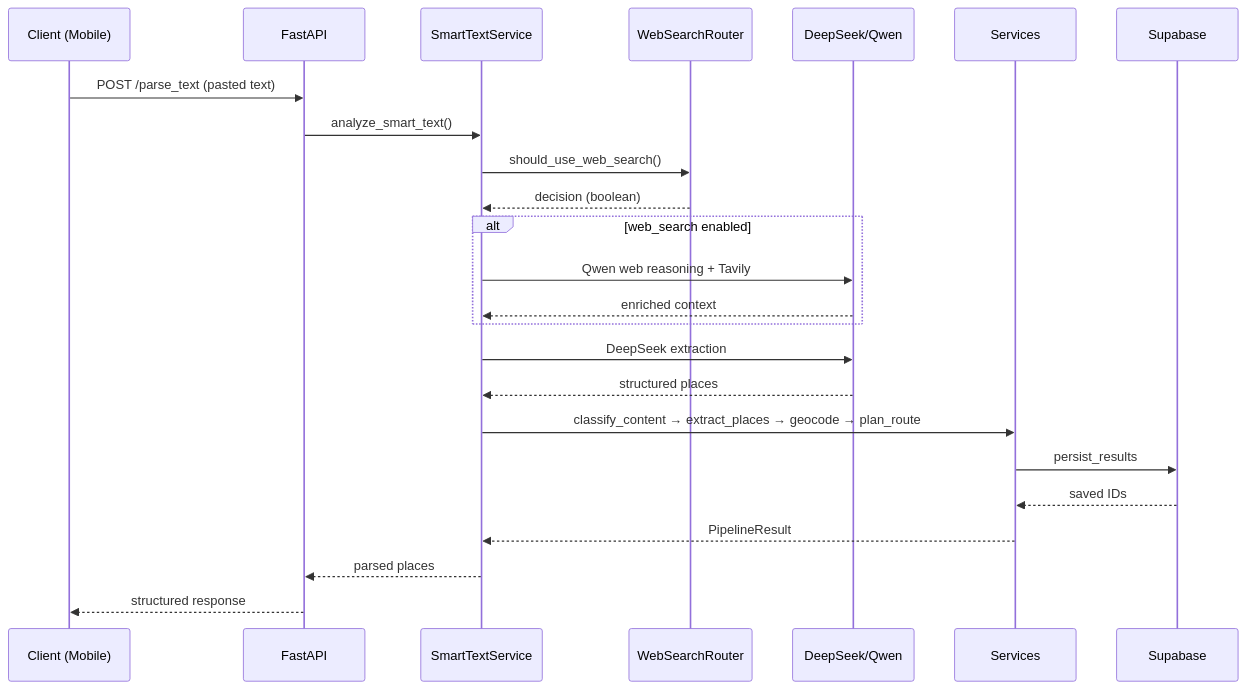
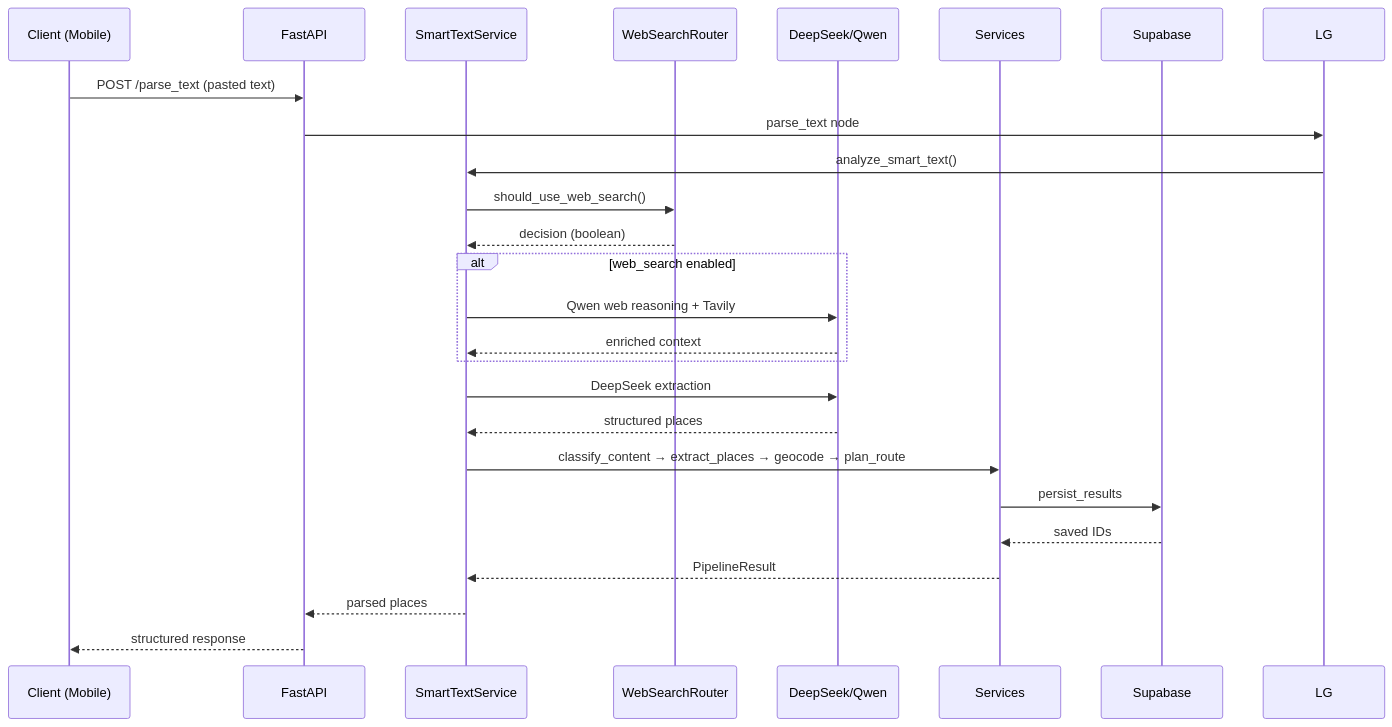
Before and after one commit to zjwang168/atlas-mobile: the third of 7 diagrams in README.md, drawn with Mermaid. The commit also changed other lines of this file and 5 other files, not shown here.

````diff
--- a/README.md
+++ b/README.md
@@ -206,27 +226,28 @@
 ```mermaid
 sequenceDiagram
     participant C as Client (Mobile)
     participant API as FastAPI
     participant STS as SmartTextService
     participant WSR as WebSearchRouter
     participant LLM as DeepSeek/Qwen
     participant S as Services
     participant DB as Supabase
 
     C->>API: POST /parse_text (pasted text)
-    API->>STS: analyze_smart_text()
+    API->>LG: parse_text node
+    LG->>STS: analyze_smart_text()
     STS->>WSR: should_use_web_search()
     WSR-->>STS: decision (boolean)
     alt web_search enabled
         STS->>LLM: Qwen web reasoning + Tavily
         LLM-->>STS: enriched context
     end
     STS->>LLM: DeepSeek extraction
     LLM-->>STS: structured places
     STS->>S: classify_content → extract_places → geocode → plan_route
     S->>DB: persist_results
     DB-->>S: saved IDs
     S-->>STS: PipelineResult
     STS-->>API: parsed places
     API-->>C: structured response
 ```
````
